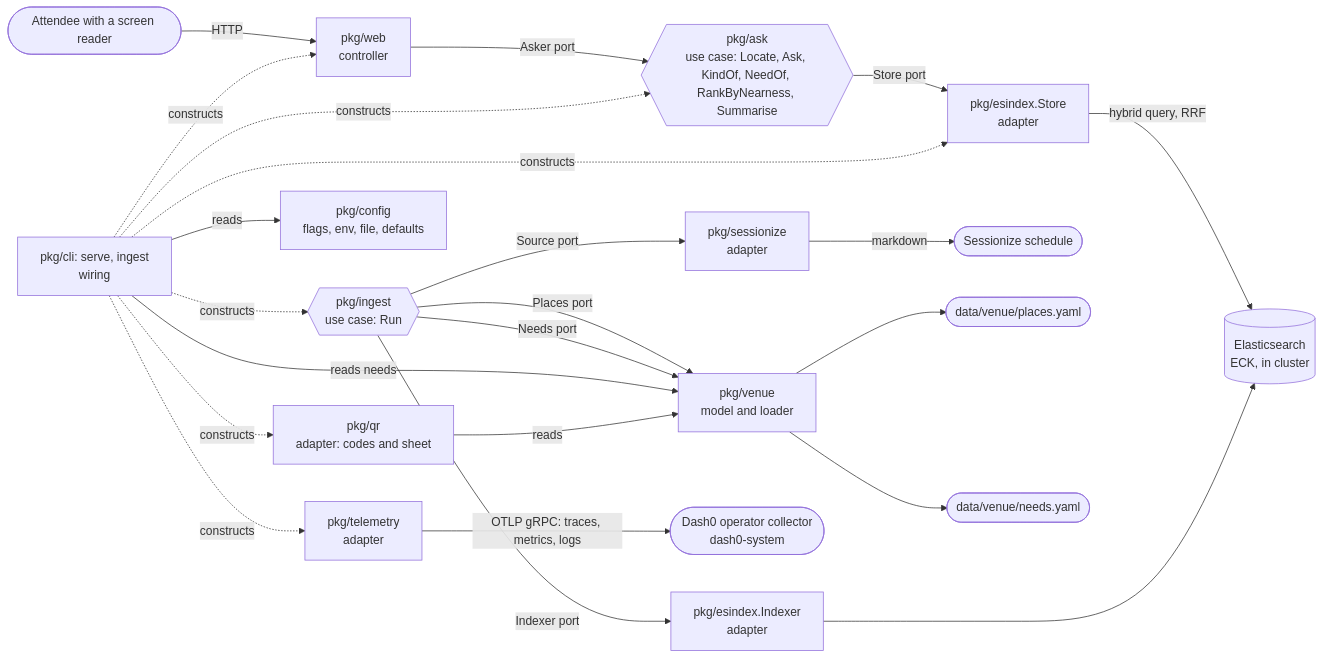
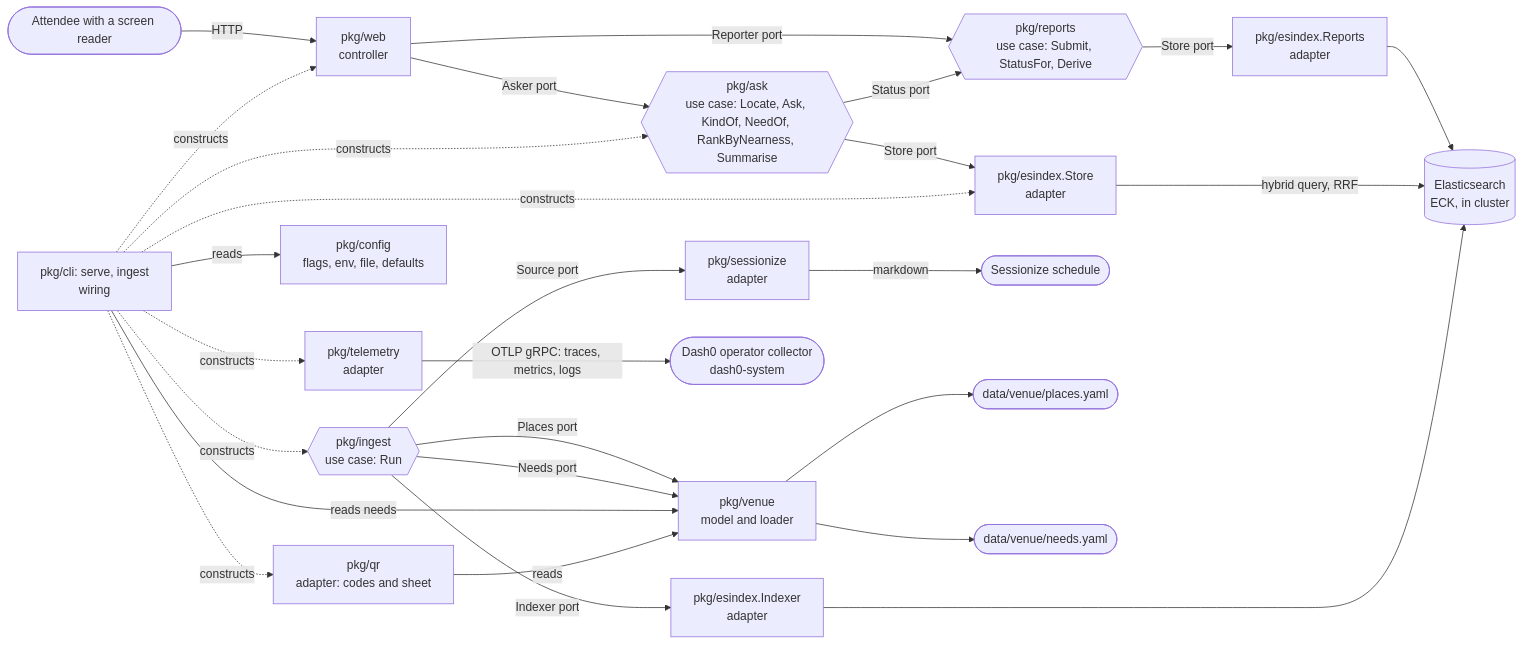
One commit to auroq/cnh changed the first of 2 diagrams in docs/architecture.md. Above: the diagram before and after it, drawn with Mermaid. The commit also changed other lines of this file and 11 other files, not shown here.

````diff
--- a/docs/architecture.md
+++ b/docs/architecture.md
@@ -6,25 +6,29 @@
 ```mermaid
 flowchart LR
     attendee([Attendee with a screen reader]) -->|HTTP| web[pkg/web<br/>controller]
     web -->|Asker port| ask{{pkg/ask<br/>use case: Locate, Ask, KindOf, NeedOf, RankByNearness, Summarise}}
     ask -->|Store port| esstore[pkg/esindex.Store<br/>adapter]
+    web -->|Reporter port| reports{{pkg/reports<br/>use case: Submit, StatusFor, Derive}}
+    ask -->|Status port| reports
+    reports -->|Store port| esreports[pkg/esindex.Reports<br/>adapter]
+    esreports --> es
     esstore -->|hybrid query, RRF| es[(Elasticsearch<br/>ECK, in cluster)]
     ingest{{pkg/ingest<br/>use case: Run}} -->|Source port| sz[pkg/sessionize<br/>adapter]
     sz -->|markdown| sessionize([Sessionize schedule])
     ingest -->|Places port| venue[pkg/venue<br/>model and loader]
     venue --> yaml([data/venue/places.yaml])
     ingest -->|Needs port| venue
     venue --> needs([data/venue/needs.yaml])
     cli -->|reads needs| venue
     ingest -->|Indexer port| indexer[pkg/esindex.Indexer<br/>adapter]
     indexer --> es
     cli[pkg/cli: serve, ingest<br/>wiring] -.constructs.-> web
     cli -.constructs.-> ask
     cli -.constructs.-> esstore
     cli -.constructs.-> ingest
     cli -.constructs.-> qr[pkg/qr<br/>adapter: codes and sheet]
     qr -->|reads| venue
     cli -->|reads| config[pkg/config<br/>flags, env, file, defaults]
     cli -.constructs.-> tel[pkg/telemetry<br/>adapter]
     tel -->|OTLP gRPC: traces, metrics, logs| dash0([Dash0 operator collector<br/>dash0-system])
 ```
````
